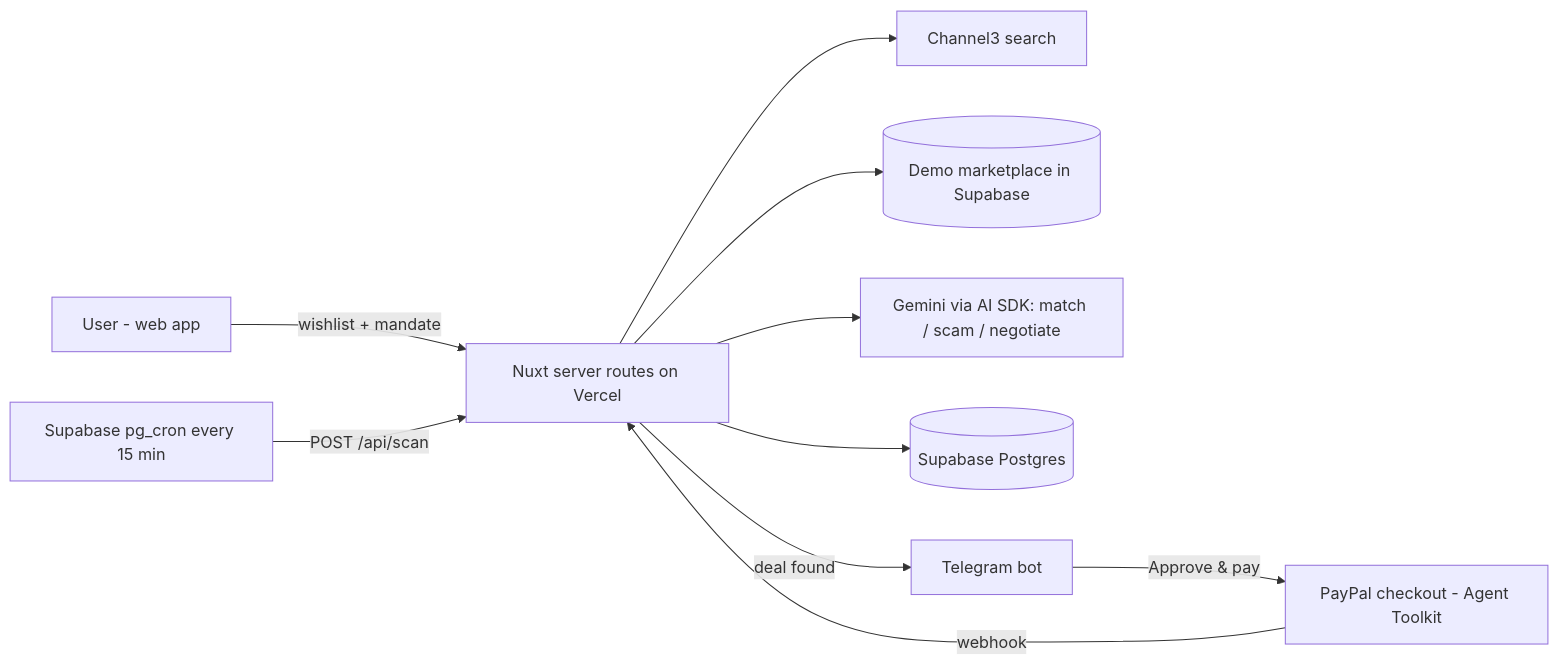
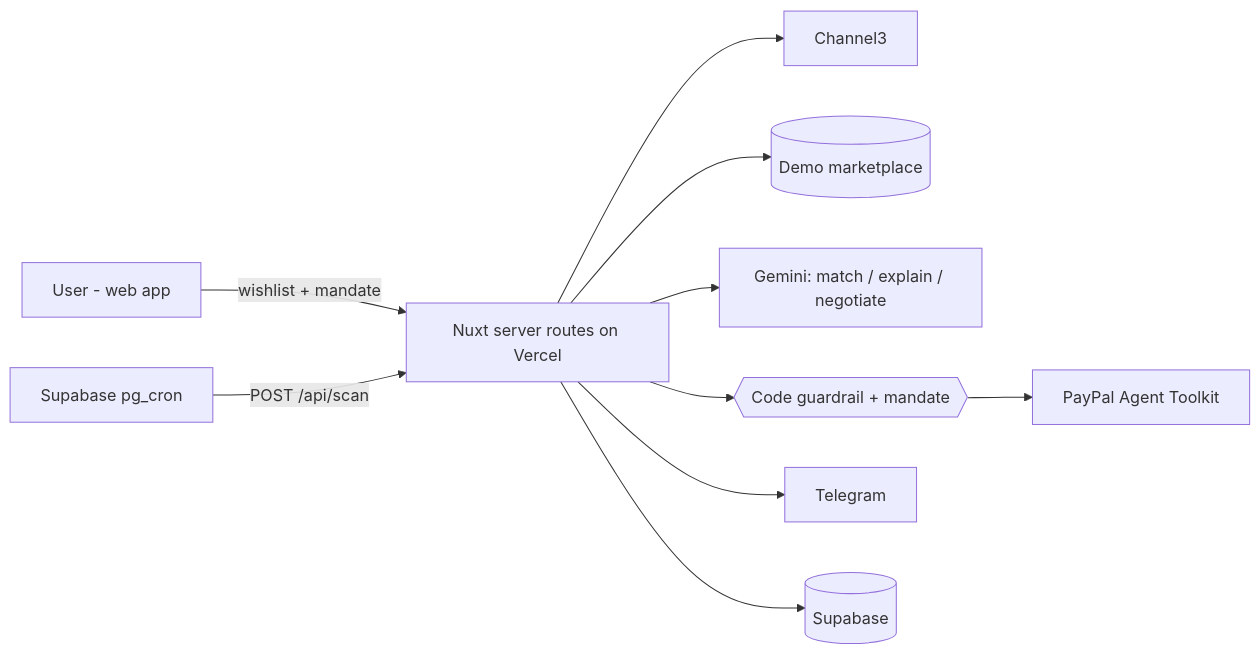
One commit to Cirdna/PayPALS changed the diagram in README.md. Above: the diagram before and after it, drawn with Mermaid. The commit also changed other lines of this file and 87 other files, not shown here.

````diff
--- a/README.md
+++ b/README.md
@@ -58,12 +46,12 @@
 ```mermaid
 flowchart LR
   U[User - web app] -->|wishlist + mandate| API[Nuxt server routes on Vercel]
-  CRON[Supabase pg_cron every 15 min] -->|POST /api/scan| API
-  API --> C3[Channel3 search]
-  API --> MP[(Demo marketplace in Supabase)]
-  API --> AI[Gemini via AI SDK: match / scam / negotiate]
-  API --> DB[(Supabase Postgres)]
-  API -->|deal found| TG[Telegram bot]
-  TG -->|Approve & pay| PP[PayPal checkout - Agent Toolkit]
-  PP -->|webhook| API
+  CRON[Supabase pg_cron] -->|POST /api/scan| API
+  API --> C3[Channel3]
+  API --> MP[(Demo marketplace)]
+  API --> AI[Gemini: match / explain / negotiate]
+  API --> G{{Code guardrail + mandate}}
+  G --> PP[PayPal Agent Toolkit]
+  API --> TG[Telegram]
+  API --> DB[(Supabase)]
 ```
````
